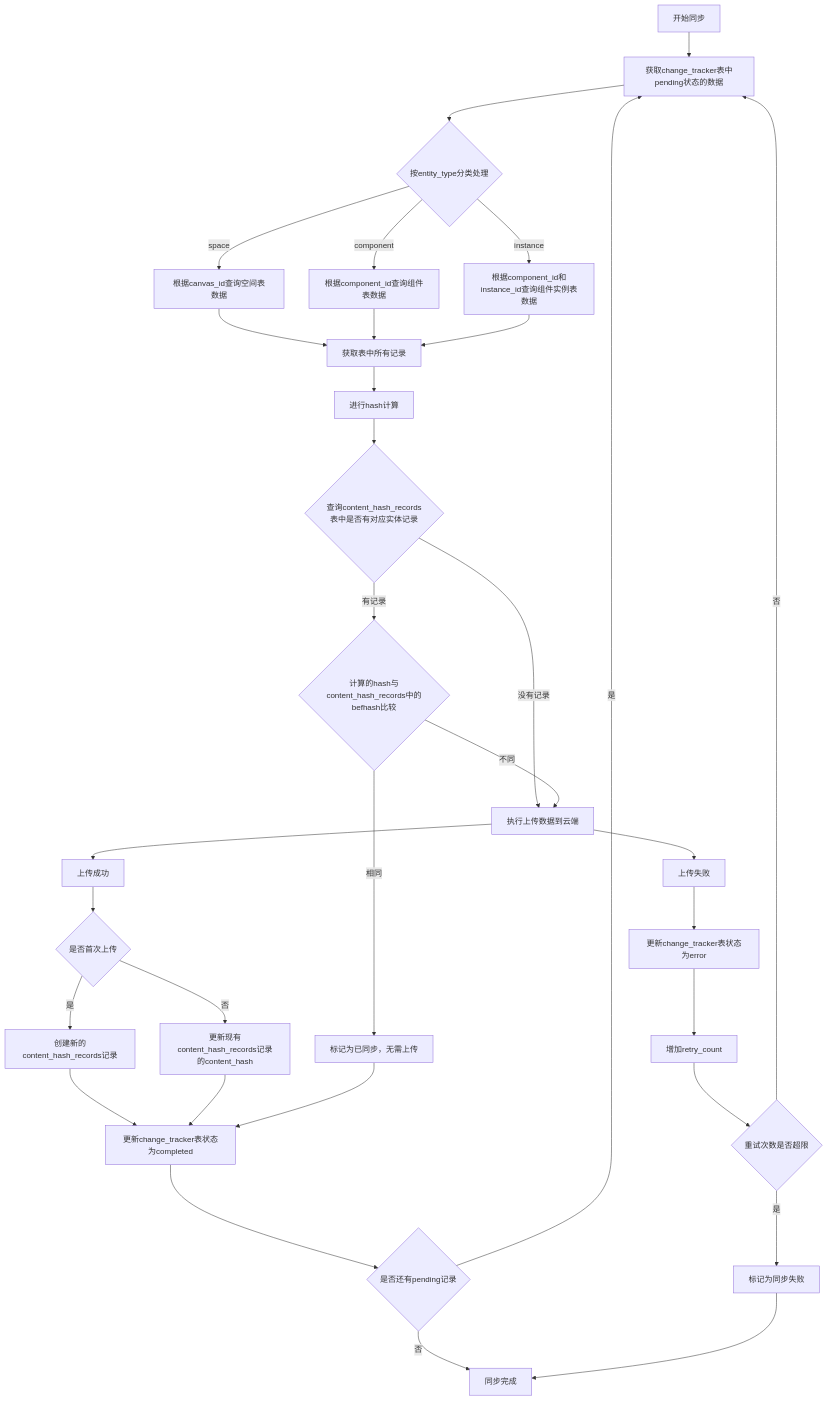
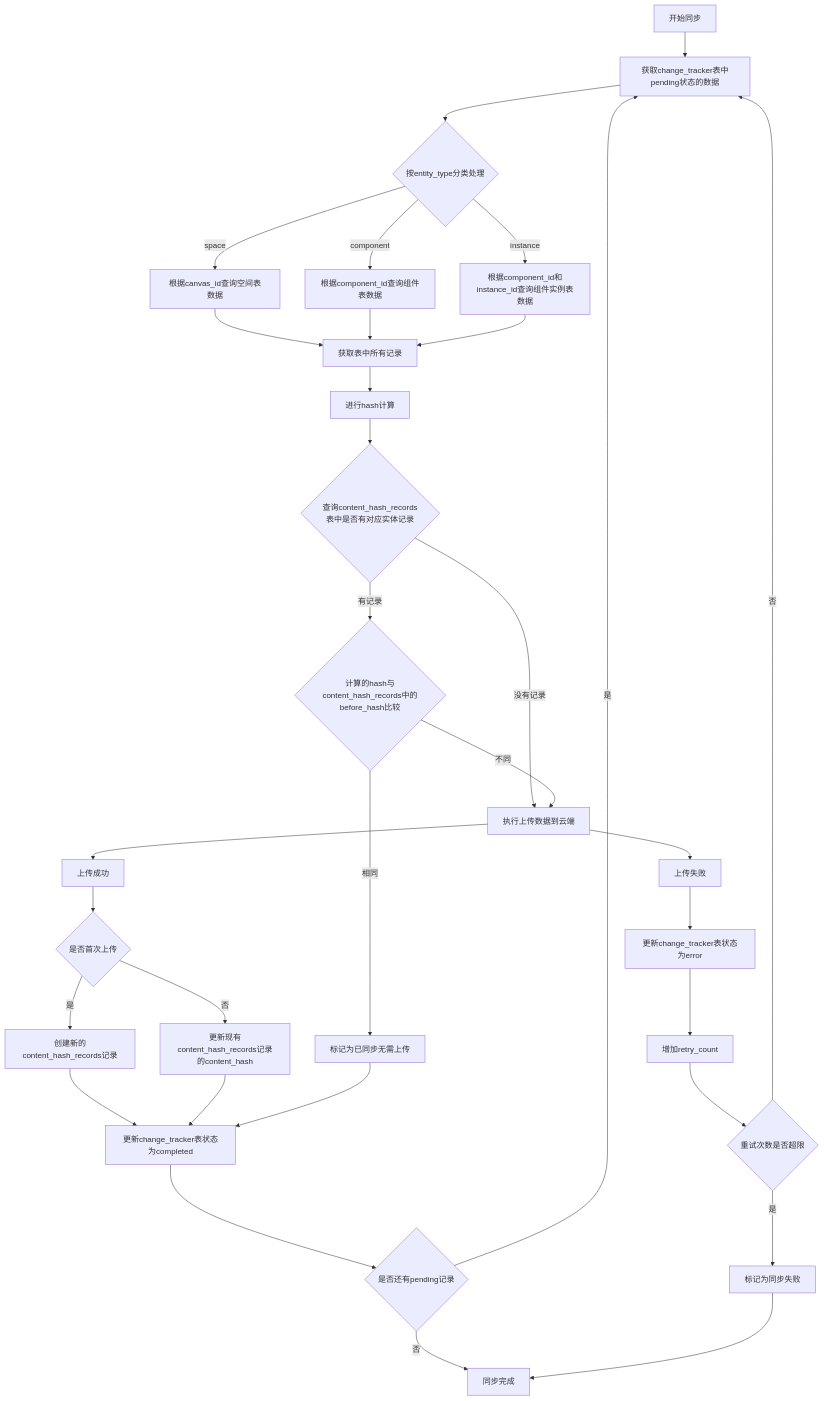
Before and after one commit to yingjianzh/iodraw-files: the diagram in all/未命名-43.md, drawn with Mermaid.

Commit message:
2025-04-25 18:32:43 update

````diff
--- a/all/未命名-43.md
+++ b/all/未命名-43.md
@@ -1,45 +1,45 @@
 ```mermaid
 flowchart TD
     A[开始同步] --> B[获取change_tracker表中pending状态的数据]
     B --> C{按entity_type分类处理}
     
     C -->|space| D1[根据canvas_id查询空间表数据]
     C -->|component| D2[根据component_id查询组件表数据]
     C -->|instance| D3[根据component_id和instance_id查询组件实例表数据]
     
     D1 --> E1[获取表中所有记录]
     D2 --> E1
     D3 --> E1
     
     E1 --> E2[进行hash计算]
     
     
     E2 --> I1{查询content_hash_records表中是否有对应实体记录}
     I1 -->|没有记录| K[执行上传数据到云端]
-    I1 -->|有记录| I2{计算的hash与content_hash_records中的befhash比较}
-    I2 -->|相同| J[标记为已同步，无需上传]
+    I1 -->|有记录| I2{计算的hash与content_hash_records中的before_hash比较}
+    I2 -->|相同| J[标记为已同步无需上传]
     I2 -->|不同| K
     
     K --> L[上传成功]
     L --> M1{是否首次上传}
     M1 -->|是| M2[创建新的content_hash_records记录]
     M1 -->|否| M3[更新现有content_hash_records记录的content_hash]
     
     M2 --> N[更新change_tracker表状态为completed]
     M3 --> N
     
     J --> N
     
     N --> O{是否还有pending记录}
     O -->|是| B
     O -->|否| P[同步完成]
     
     K --> Q[上传失败]
     Q --> R[更新change_tracker表状态为error]
     R --> S[增加retry_count]
     S --> T{重试次数是否超限}
     T -->|是| U[标记为同步失败]
     T -->|否| B
     
     U --> P
 ```
````
